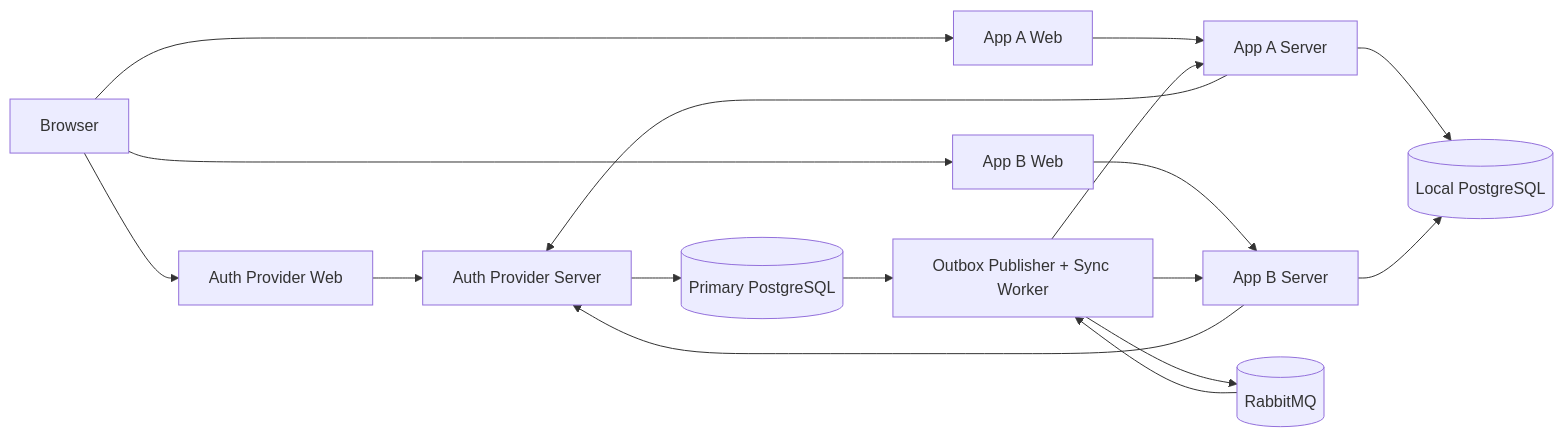
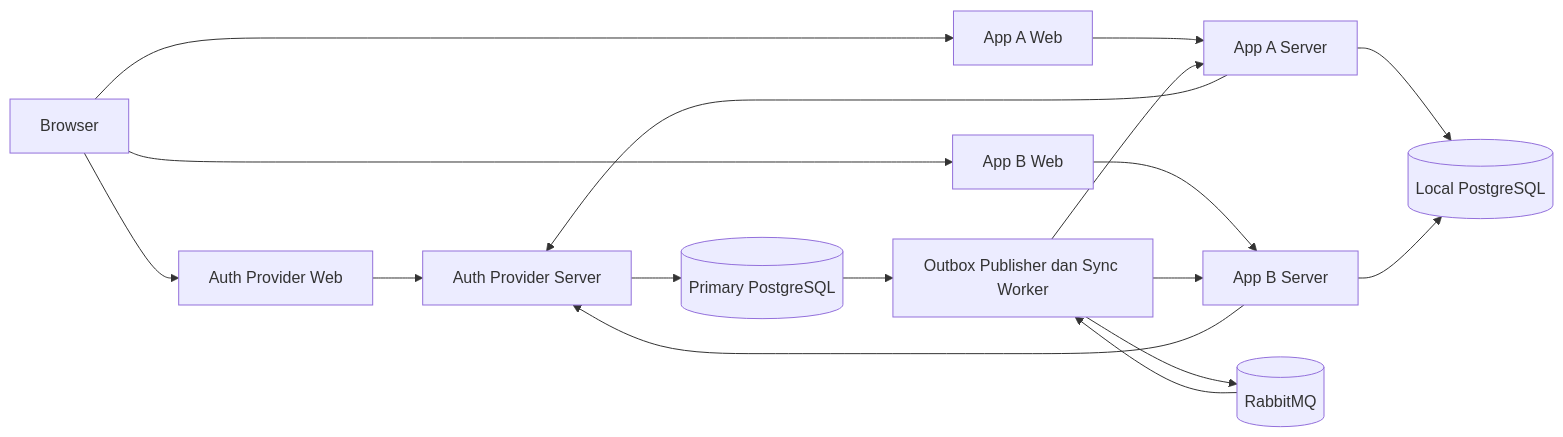
One commit to ucupsss/Seleksi-2-Asisten-Labpro changed the diagram in README.md. Above: the diagram before and after it, drawn with Mermaid. The commit also changed other lines of this file, not shown here.

````diff
--- a/README.md
+++ b/README.md
@@ -31,19 +72,19 @@
 ```mermaid
 flowchart LR
   Browser[Browser] --> AuthWeb[Auth Provider Web]
   Browser --> AppAWeb[App A Web]
   Browser --> AppBWeb[App B Web]
   AuthWeb --> AuthServer[Auth Provider Server]
   AppAWeb --> AppAServer[App A Server]
   AppBWeb --> AppBServer[App B Server]
   AppAServer --> AuthServer
   AppBServer --> AuthServer
   AuthServer --> AuthDB[(Primary PostgreSQL)]
   AppAServer --> LocalDB[(Local PostgreSQL)]
   AppBServer --> LocalDB
-  AuthDB --> Worker[Outbox Publisher + Sync Worker]
+  AuthDB --> Worker[Outbox Publisher dan Sync Worker]
   Worker --> RabbitMQ[(RabbitMQ)]
   RabbitMQ --> Worker
   Worker --> AppAServer
   Worker --> AppBServer
 ```
````
